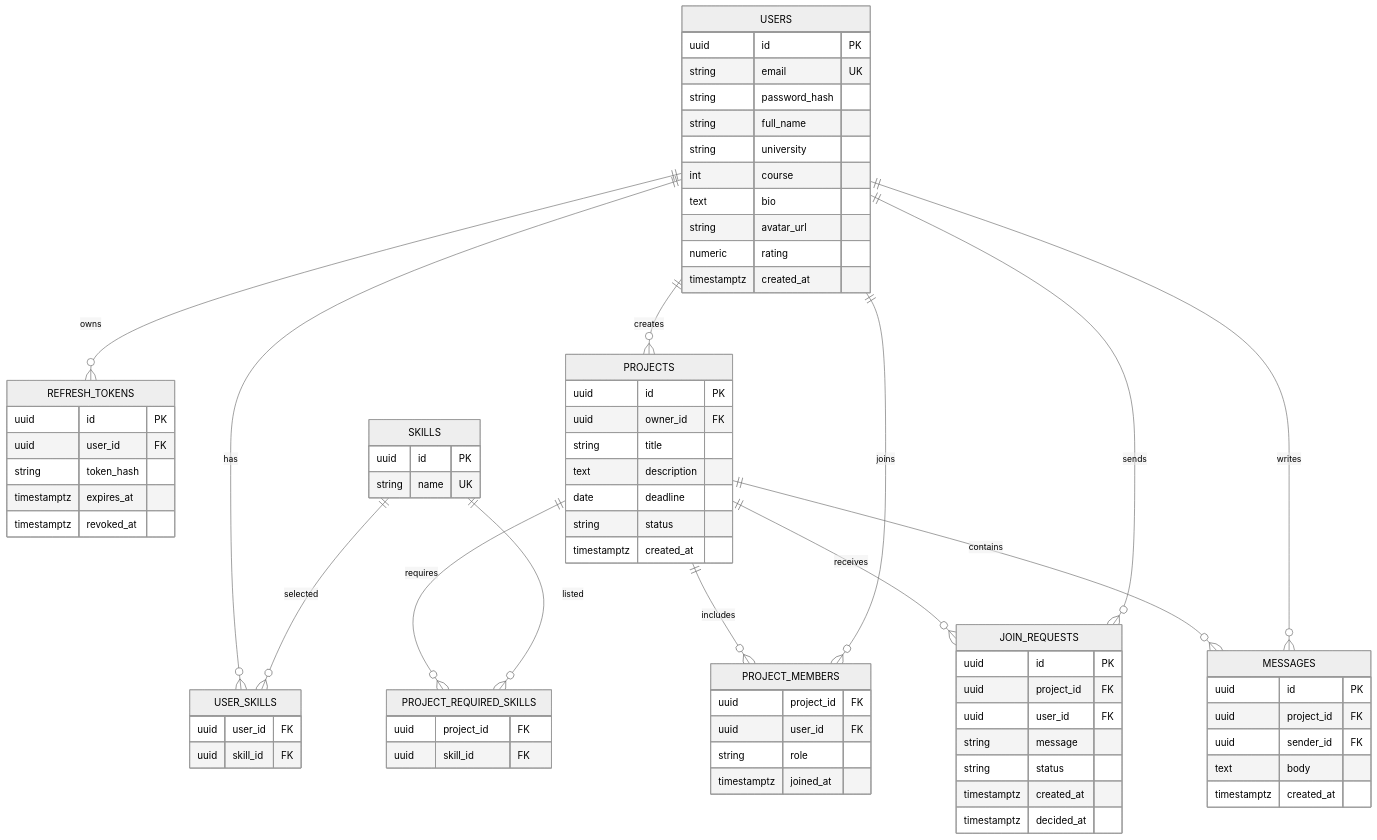
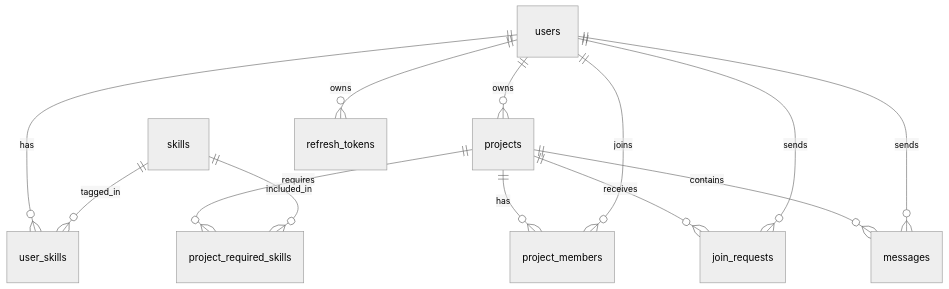
Before and after one commit to plozzz126/practiceclg: the diagram in docs/database/er-diagram.md, drawn with Mermaid (neutral theme). The commit also changed other lines of this file and 229 other files, not shown here.

````diff
--- a/docs/database/er-diagram.md
+++ b/docs/database/er-diagram.md
@@ -5,86 +3,15 @@
 ```mermaid
 erDiagram
-  USERS {
-    uuid id PK
-    string email UK
-    string password_hash
-    string full_name
-    string university
-    int course
-    text bio
-    string avatar_url
-    numeric rating
-    timestamptz created_at
-  }
-
-  REFRESH_TOKENS {
-    uuid id PK
-    uuid user_id FK
-    string token_hash
-    timestamptz expires_at
-    timestamptz revoked_at
-  }
-
-  SKILLS {
-    uuid id PK
-    string name UK
-  }
-
-  USER_SKILLS {
-    uuid user_id FK
-    uuid skill_id FK
-  }
-
-  PROJECTS {
-    uuid id PK
-    uuid owner_id FK
-    string title
-    text description
-    date deadline
-    string status
-    timestamptz created_at
-  }
-
-  PROJECT_REQUIRED_SKILLS {
-    uuid project_id FK
-    uuid skill_id FK
-  }
-
-  PROJECT_MEMBERS {
-    uuid project_id FK
-    uuid user_id FK
-    string role
-    timestamptz joined_at
-  }
-
-  JOIN_REQUESTS {
-    uuid id PK
-    uuid project_id FK
-    uuid user_id FK
-    string message
-    string status
-    timestamptz created_at
-    timestamptz decided_at
-  }
-
-  MESSAGES {
-    uuid id PK
-    uuid project_id FK
-    uuid sender_id FK
-    text body
-    timestamptz created_at
-  }
-
-  USERS ||--o{ REFRESH_TOKENS : owns
-  USERS ||--o{ USER_SKILLS : has
-  SKILLS ||--o{ USER_SKILLS : selected
-  USERS ||--o{ PROJECTS : creates
-  PROJECTS ||--o{ PROJECT_REQUIRED_SKILLS : requires
-  SKILLS ||--o{ PROJECT_REQUIRED_SKILLS : listed
-  PROJECTS ||--o{ PROJECT_MEMBERS : includes
-  USERS ||--o{ PROJECT_MEMBERS : joins
-  PROJECTS ||--o{ JOIN_REQUESTS : receives
-  USERS ||--o{ JOIN_REQUESTS : sends
-  PROJECTS ||--o{ MESSAGES : contains
-  USERS ||--o{ MESSAGES : writes
+  users ||--o{ user_skills : has
+  skills ||--o{ user_skills : tagged_in
+  users ||--o{ projects : owns
+  projects ||--o{ project_required_skills : requires
+  skills ||--o{ project_required_skills : included_in
+  projects ||--o{ project_members : has
+  users ||--o{ project_members : joins
+  projects ||--o{ join_requests : receives
+  users ||--o{ join_requests : sends
+  projects ||--o{ messages : contains
+  users ||--o{ messages : sends
+  users ||--o{ refresh_tokens : owns
 ```
````
